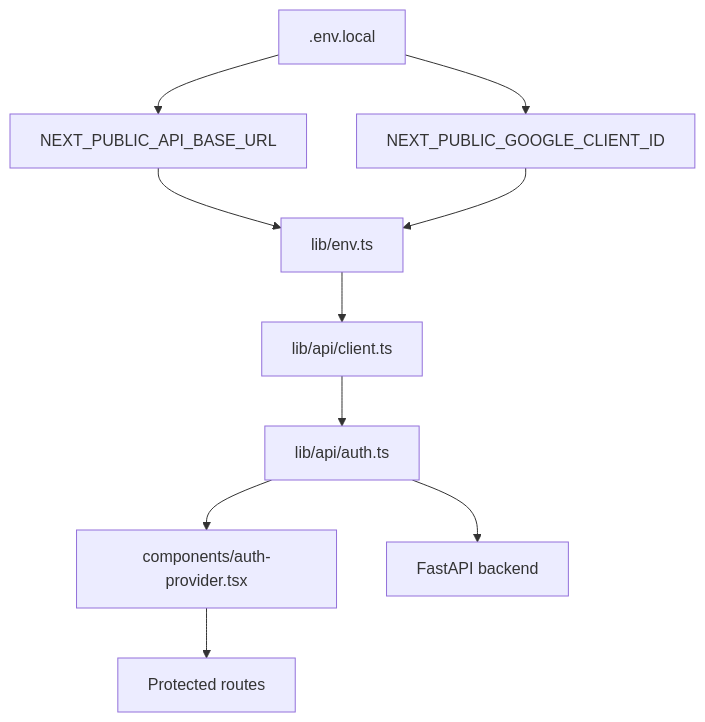
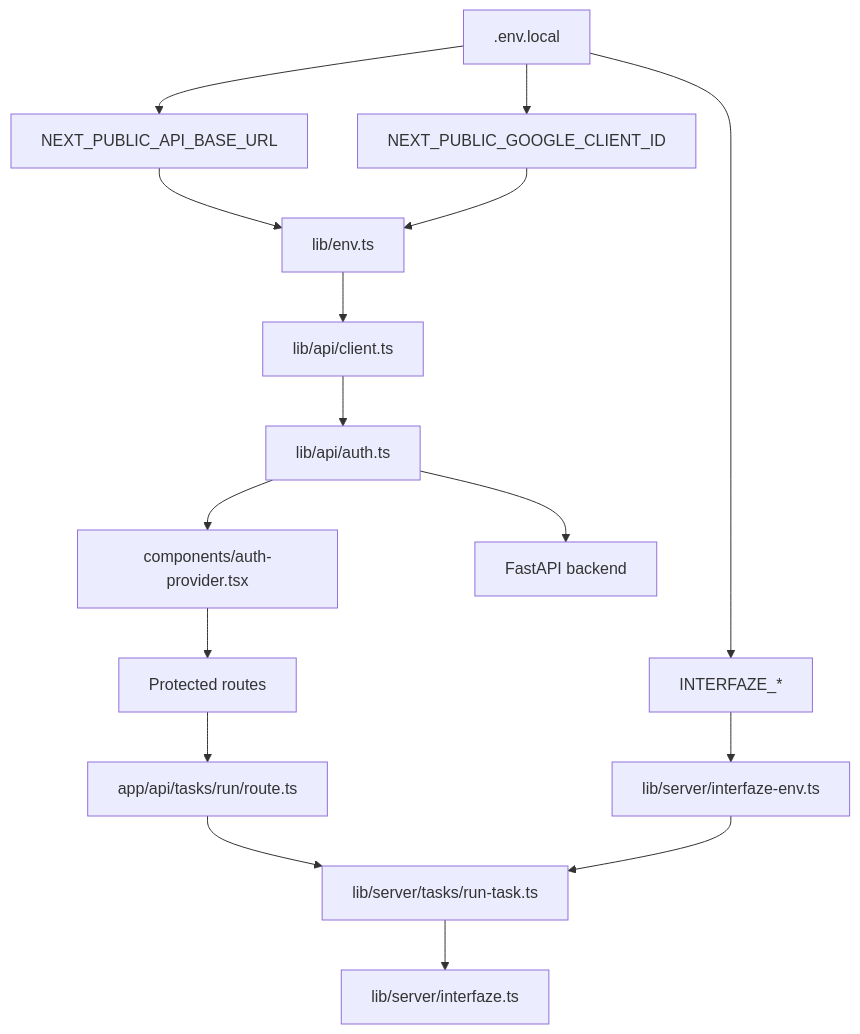
One commit to eqan/Interfaze-Project changed the seventh of 9 diagrams in frontend/ARCHITECTURE.md. Above: the diagram before and after it, drawn with Mermaid. The commit also changed other lines of this file and 14 other files, not shown here.

````diff
--- a/frontend/ARCHITECTURE.md
+++ b/frontend/ARCHITECTURE.md
@@ -159,22 +165,33 @@
 ```mermaid
 flowchart TD
     Env[".env.local"]
     ApiBase["NEXT_PUBLIC_API_BASE_URL"]
     GoogleClient["NEXT_PUBLIC_GOOGLE_CLIENT_ID"]
+    InterfazeEnv["INTERFAZE_*"]
     EnvHelper[lib/env.ts]
+    InterfazeHelper[lib/server/interfaze-env.ts]
     ApiClient[lib/api/client.ts]
     AuthApi[lib/api/auth.ts]
+    TaskRoute["app/api/tasks/run/route.ts"]
+    TaskWorkflow["lib/server/tasks/run-task.ts"]
+    InterfazeSdk["lib/server/interfaze.ts"]
     AuthProvider[components/auth-provider.tsx]
     Routes[Protected routes]
     Backend[FastAPI backend]
 
     Env --> ApiBase
     Env --> GoogleClient
+    Env --> InterfazeEnv
     ApiBase --> EnvHelper
     GoogleClient --> EnvHelper
+    InterfazeEnv --> InterfazeHelper
     EnvHelper --> ApiClient
     ApiClient --> AuthApi
     AuthApi --> AuthProvider
     AuthProvider --> Routes
     AuthApi --> Backend
+    Routes --> TaskRoute
+    TaskRoute --> TaskWorkflow
+    InterfazeHelper --> TaskWorkflow
+    TaskWorkflow --> InterfazeSdk
 ```
````
